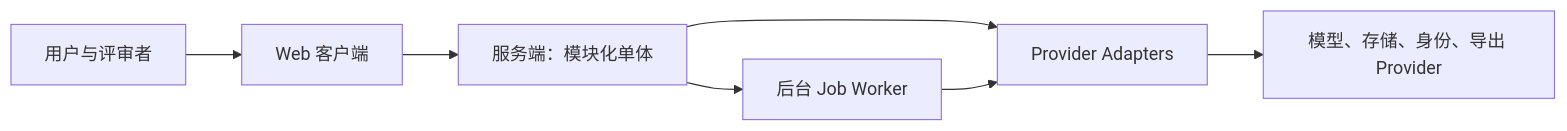
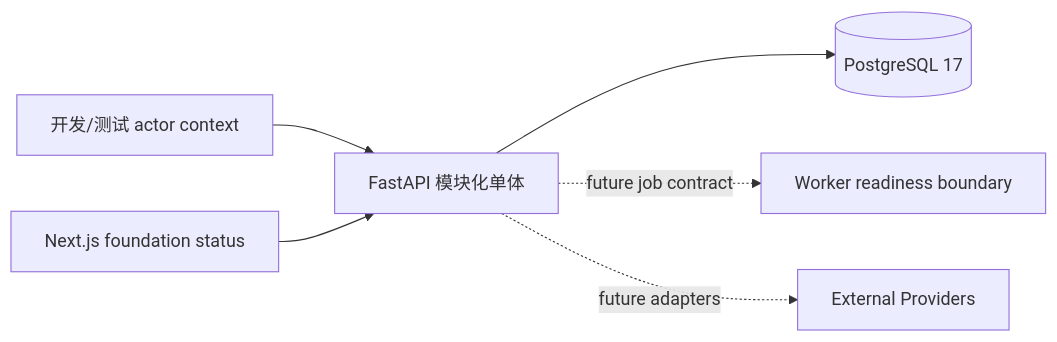
One commit to Eric-Cqc/ai-video-preproduction-agent changed the diagram in docs/architecture/system-context.md. Above: the diagram before and after it, drawn with Mermaid. The commit also changed other lines of this file and 59 other files, not shown here.

````diff
--- a/docs/architecture/system-context.md
+++ b/docs/architecture/system-context.md
@@ -5,9 +5,8 @@
 ```mermaid
 flowchart LR
-  U[用户与评审者] --> W[Web 客户端]
-  W --> A[服务端：模块化单体]
-  A --> J[后台 Job Worker]
-  A --> P[Provider Adapters]
-  J --> P
-  P --> X[模型、存储、身份、导出 Provider]
+  U[开发/测试 actor context] --> A[FastAPI 模块化单体]
+  W[Next.js foundation status] --> A
+  A --> D[(PostgreSQL 17)]
+  A -. future job contract .-> J[Worker readiness boundary]
+  A -. future adapters .-> P[External Providers]
 ```
````
